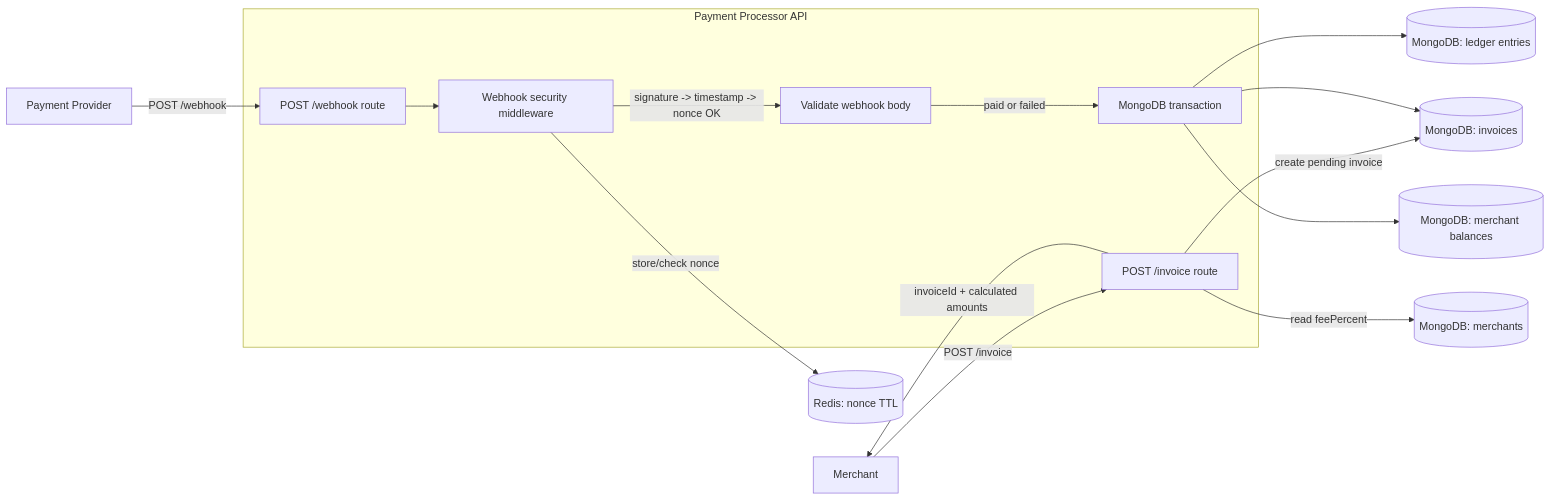
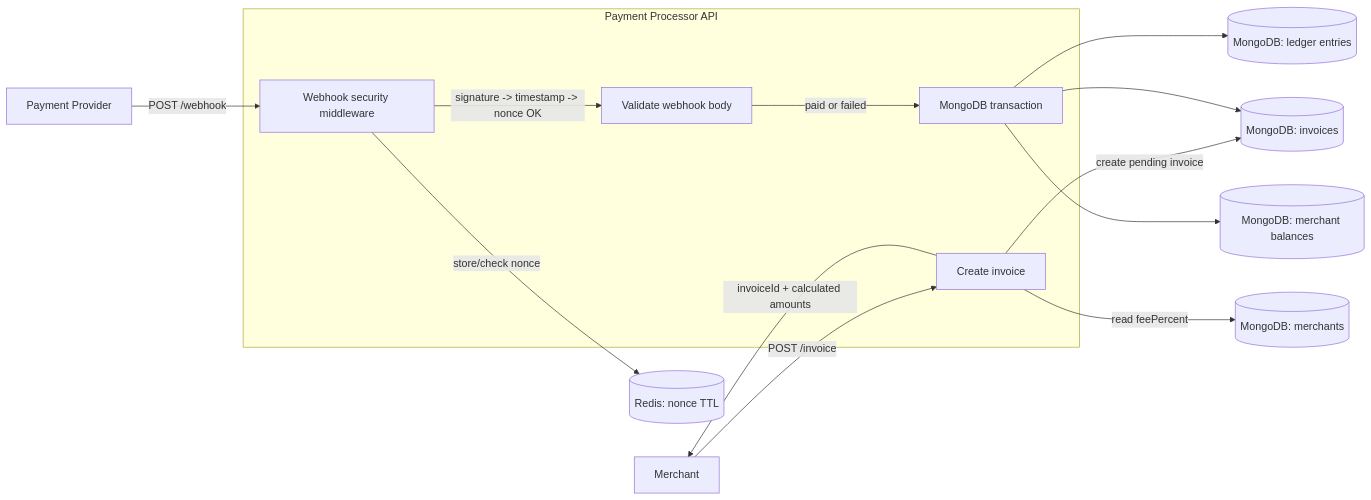
The first of 2 diagrams in README.md (nbenliogludev/payment-processor), drawn with Mermaid before and after one commit. The commit also changed other lines of this file, not shown here.

Commit message:
Simplify README flow diagrams

````diff
--- a/README.md
+++ b/README.md
@@ -16,33 +16,31 @@
 ```mermaid
 flowchart LR
   merchant["Merchant"]
   provider["Payment Provider"]
   merchants[("MongoDB: merchants")]
   invoices[("MongoDB: invoices")]
   redis[("Redis: nonce TTL")]
   ledger[("MongoDB: ledger entries")]
   balances[("MongoDB: merchant balances")]
 
   subgraph api["Payment Processor API"]
-    invoiceRoute["POST /invoice route"]
-    webhookRoute["POST /webhook route"]
+    createInvoice["Create invoice"]
     security["Webhook security middleware"]
     validation["Validate webhook body"]
     mongoTx["MongoDB transaction"]
 
-    webhookRoute --> security
     security -->|"signature -> timestamp -> nonce OK"| validation
     validation -->|"paid or failed"| mongoTx
   end
 
-  merchant -->|"POST /invoice"| invoiceRoute
-  invoiceRoute -->|"read feePercent"| merchants
-  invoiceRoute -->|"create pending invoice"| invoices
-  invoiceRoute -->|"invoiceId + calculated amounts"| merchant
+  merchant -->|"POST /invoice"| createInvoice
+  createInvoice -->|"read feePercent"| merchants
+  createInvoice -->|"create pending invoice"| invoices
+  createInvoice -->|"invoiceId + calculated amounts"| merchant
 
-  provider -->|"POST /webhook"| webhookRoute
+  provider -->|"POST /webhook"| security
   security -->|"store/check nonce"| redis
   mongoTx --> invoices
   mongoTx --> ledger
   mongoTx --> balances
 ```
````
